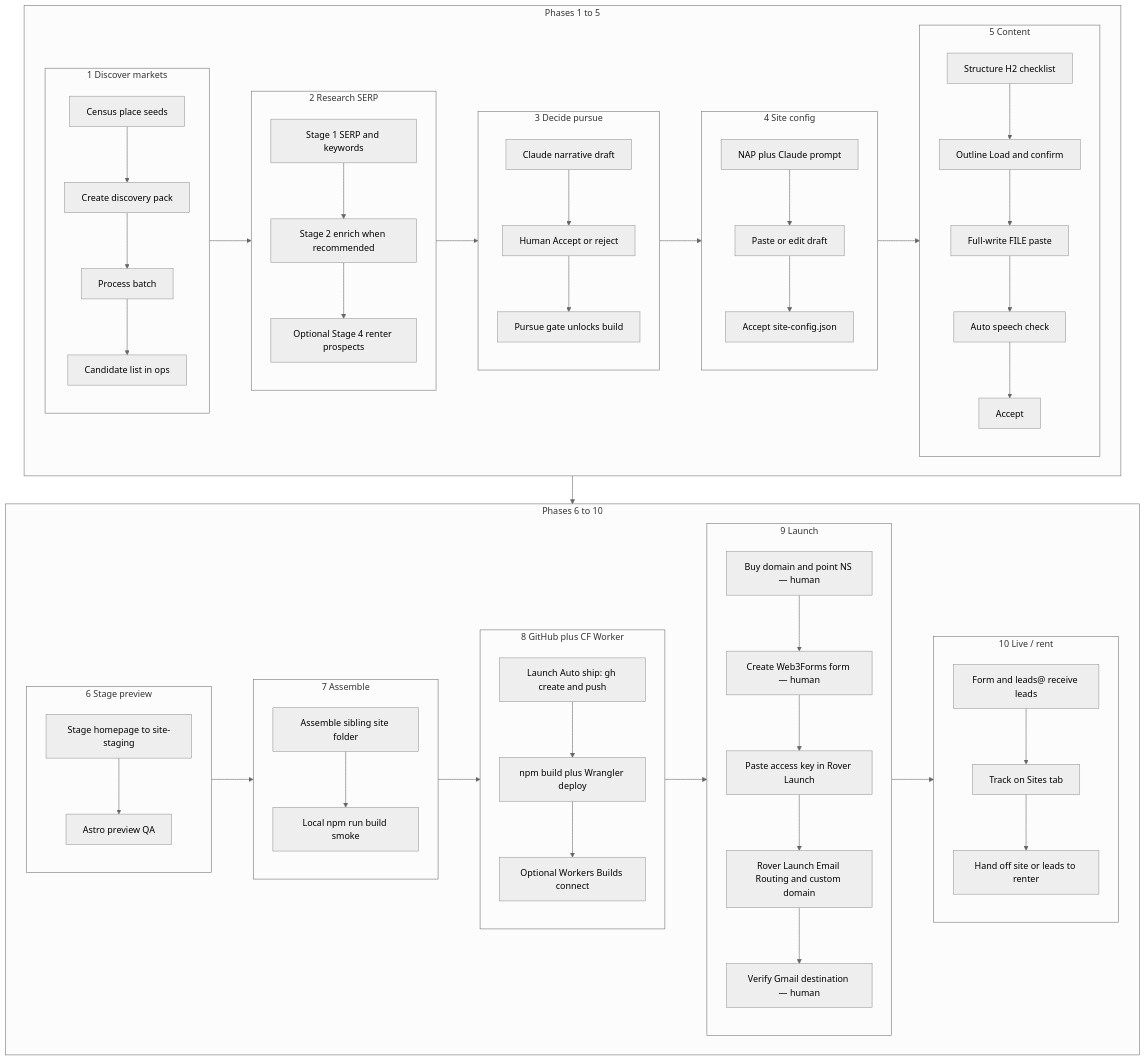
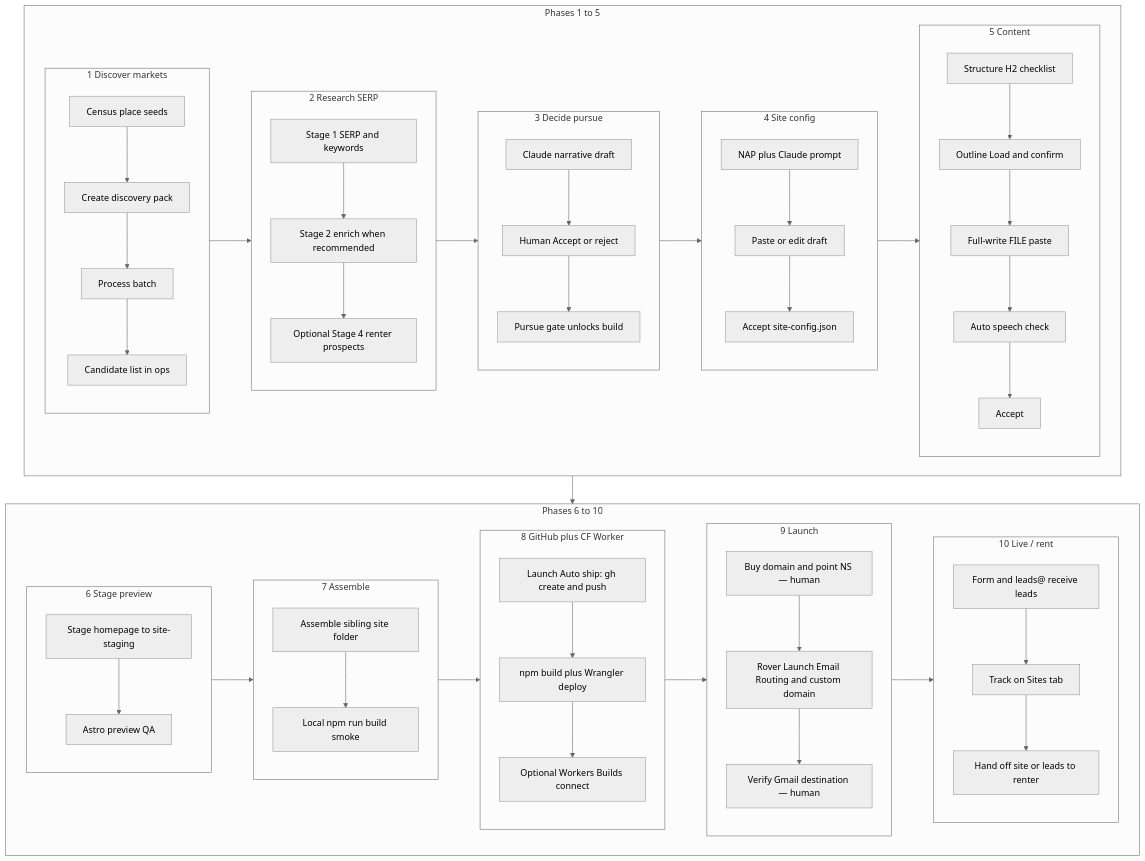
The diagram in docs/MASTER-FLOW.md (Gpete4444/city-niche-tracker), drawn with Mermaid (neutral theme) before and after one commit. The commit also changed other lines of this file and 133 other files, not shown here.

Commit message:
Release Rover v2.5: forms inbox, thin service pages, and Review image stability.

````diff
--- a/docs/MASTER-FLOW.md
+++ b/docs/MASTER-FLOW.md
@@ -18,79 +18,77 @@
 ```mermaid
 flowchart TB
   subgraph row1 [Phases 1 to 5]
     direction LR
 
     subgraph disc [1 Discover markets]
       direction TB
       d1["Census place seeds"] --> d2["Create discovery pack"]
       d2 --> d3["Process batch"]
       d3 --> d4["Candidate list in ops"]
     end
 
     subgraph res [2 Research SERP]
       direction TB
       r1["Stage 1 SERP and keywords"] --> r2["Stage 2 enrich when recommended"]
       r2 --> r3["Optional Stage 4 renter prospects"]
     end
 
     subgraph dec [3 Decide pursue]
       direction TB
       e1["Claude narrative draft"] --> e2["Human Accept or reject"]
       e2 --> e3["Pursue gate unlocks build"]
     end
 
     subgraph scfg [4 Site config]
       direction TB
       s1["NAP plus Claude prompt"] --> s2["Paste or edit draft"]
       s2 --> s3["Accept site-config.json"]
     end
 
     subgraph cont [5 Content]
       direction TB
       c1["Structure H2 checklist"] --> c2["Outline Load and confirm"]
       c2 --> c3["Full-write FILE paste"]
       c3 --> c4["Auto speech check"]
       c4 --> c5["Accept"]
     end
 
     disc --> res --> dec --> scfg --> cont
   end
 
   subgraph row2 [Phases 6 to 10]
     direction LR
 
     subgraph stg [6 Stage preview]
       direction TB
       t1["Stage homepage to site-staging"] --> t2["Astro preview QA"]
     end
 
     subgraph asm [7 Assemble]
       direction TB
       a1["Assemble sibling site folder"] --> a2["Local npm run build smoke"]
     end
 
     subgraph ship [8 GitHub plus CF Worker]
       direction TB
       h1["Launch Auto ship: gh create and push"] --> h2["npm build plus Wrangler deploy"]
       h2 --> h3["Optional Workers Builds connect"]
     end
 
     subgraph launch [9 Launch]
       direction TB
-      l1["Buy domain and point NS — human"] --> l2["Create Web3Forms form — human"]
-      l2 --> l3["Paste access key in Rover Launch"]
-      l3 --> l4["Rover Launch Email Routing and custom domain"]
-      l4 --> l5["Verify Gmail destination — human"]
+      l1["Buy domain and point NS — human"] --> l2["Rover Launch Email Routing and custom domain"]
+      l2 --> l3["Verify Gmail destination — human"]
     end
 
     subgraph live [10 Live / rent]
       direction TB
       v1["Form and leads@ receive leads"] --> v2["Track on Sites tab"]
       v2 --> v3["Hand off site or leads to renter"]
     end
 
     stg --> asm --> ship --> launch --> live
   end
 
   cont --> stg
 ```
````
